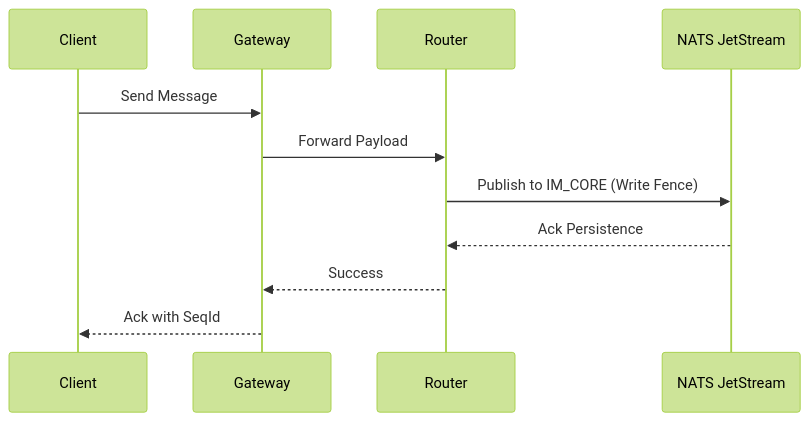
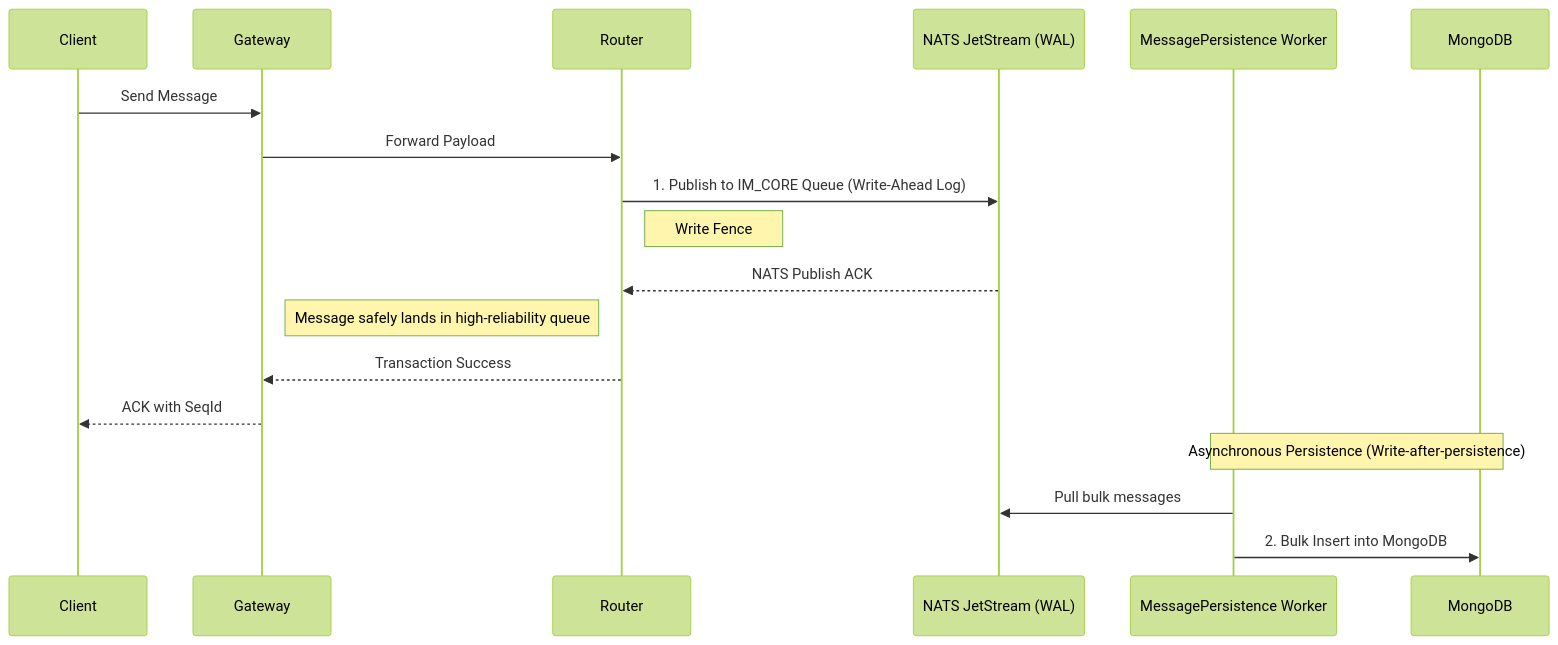
The second of 2 diagrams in docs/devdocs/jetstream-strategy.md (JamesWilson19970101/ocean.chat.docs), drawn with Mermaid (forest theme) before and after one commit. The commit also changed other lines of this file and 16 other files, not shown here.

First line of the commit message:
docs: Refine message delivery, NATS JetStream, and reliability architecture

````diff
--- a/docs/devdocs/jetstream-strategy.md
+++ b/docs/devdocs/jetstream-strategy.md
@@ -287,14 +302,24 @@
 ```mermaid
 sequenceDiagram
     participant C as Client
     participant G as Gateway
     participant R as Router
-    participant N as NATS JetStream
+    participant N as NATS JetStream (WAL)
+    participant W as MessagePersistence Worker
+    participant DB as MongoDB
 
     C->>G: Send Message
     G->>R: Forward Payload
-    R->>N: Publish to IM_CORE (Write Fence)
-    N-->>R: Ack Persistence
-    R-->>G: Success
-    G-->>C: Ack with SeqId
+    R->>N: 1. Publish to IM_CORE Queue (Write-Ahead Log)
+
+    note right of R: Write Fence
+    N-->>R: NATS Publish ACK
+
+    note left of R: Message safely lands in high-reliability queue
+    R-->>G: Transaction Success
+    G-->>C: ACK with SeqId
+
+    note over W, DB: Asynchronous Persistence (Write-after-persistence)
+    W->>N: Pull bulk messages
+    W->>DB: 2. Bulk Insert into MongoDB
 ```
````
